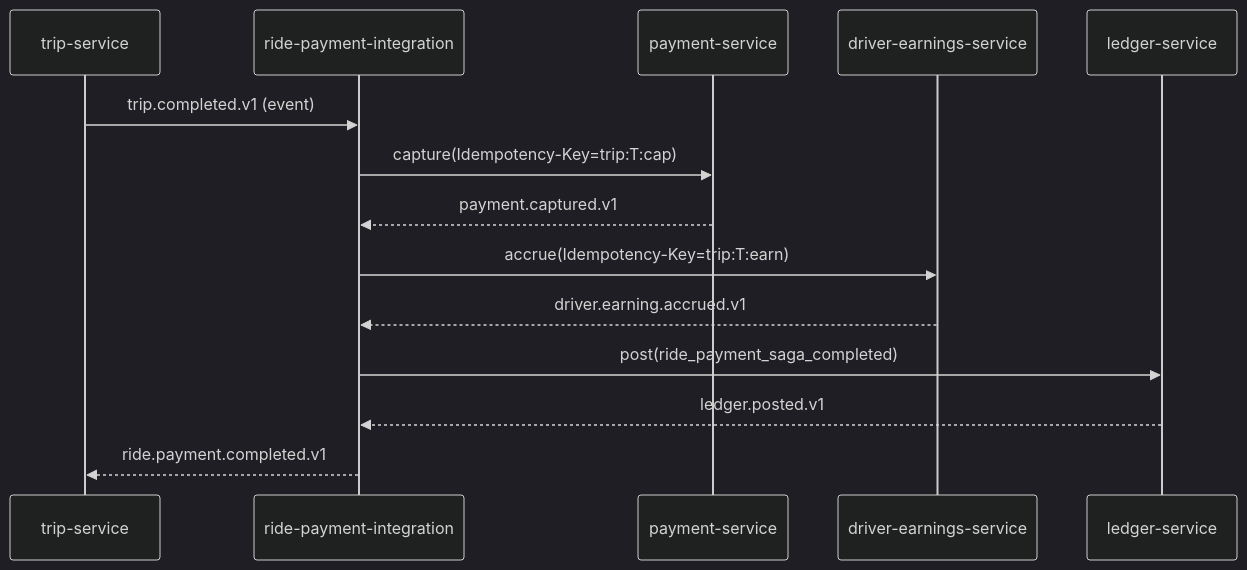
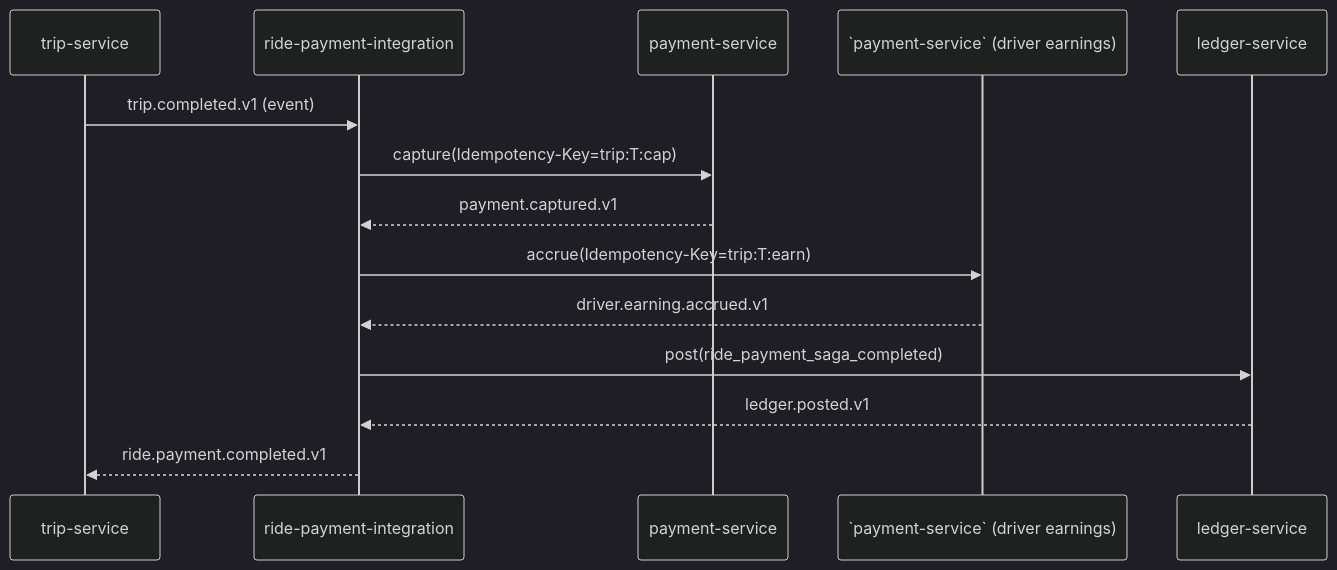
One commit to mohamedhabibwork/trips-enjoy-docs changed the first of 5 diagrams in docs/architecture/CONSISTENCY_STRATEGY.md. Above: the diagram before and after it, drawn with Mermaid (dark theme). The commit also changed other lines of this file and 525 other files, not shown here.

````diff
--- a/docs/architecture/CONSISTENCY_STRATEGY.md
+++ b/docs/architecture/CONSISTENCY_STRATEGY.md
@@ -65,17 +65,17 @@
 ```mermaid
 sequenceDiagram
     participant TR as trip-service
     participant OR as ride-payment-integration
     participant PAY as payment-service
-    participant DE as driver-earnings-service
+    participant DE as `payment-service` (driver earnings)
     participant LD as ledger-service
 
     TR->>OR: trip.completed.v1 (event)
     OR->>PAY: capture(Idempotency-Key=trip:T:cap)
     PAY-->>OR: payment.captured.v1
     OR->>DE: accrue(Idempotency-Key=trip:T:earn)
     DE-->>OR: driver.earning.accrued.v1
     OR->>LD: post(ride_payment_saga_completed)
     LD-->>OR: ledger.posted.v1
     OR-->>TR: ride.payment.completed.v1
 ```
````
